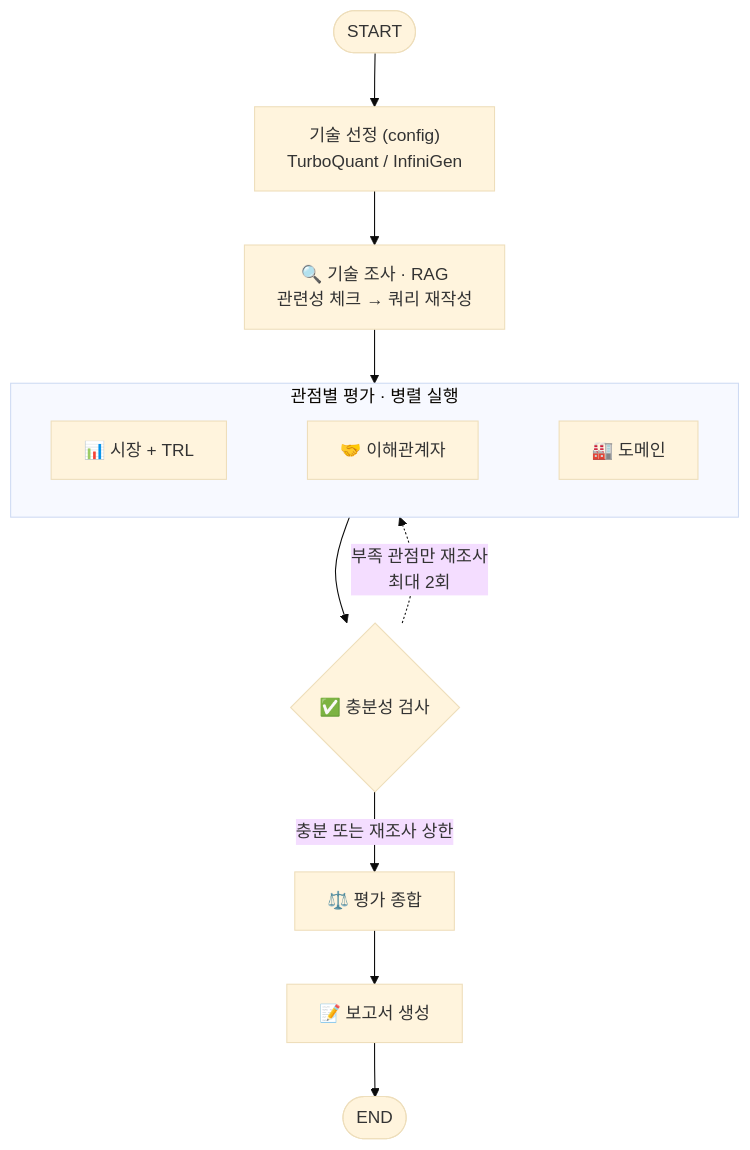
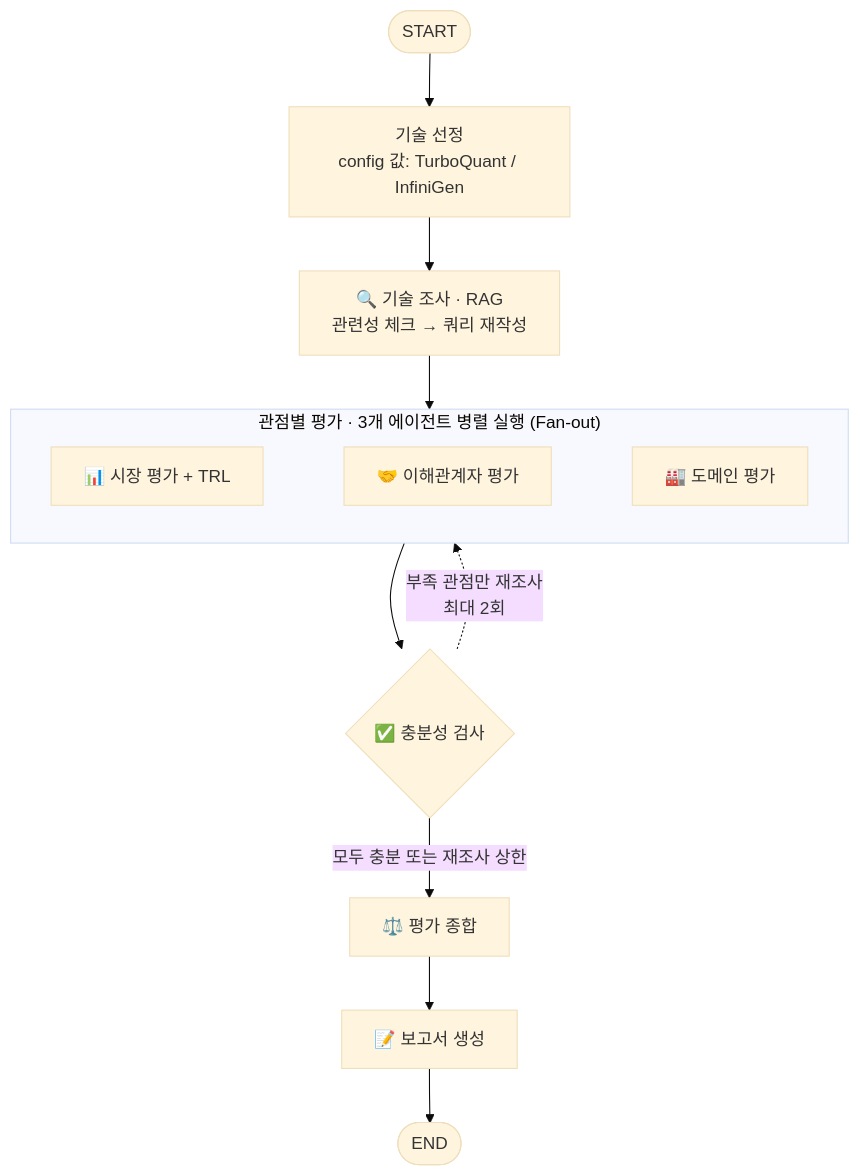
The diagram in README.md (oojoyhh/skala-KV-cache), drawn with Mermaid (base theme) before and after one commit.

Commit message:
README: Architecture 그래프 노드 이름·설명 원래대로 복원

````diff
--- a/README.md
+++ b/README.md
@@ -60,14 +60,14 @@
 ```mermaid
 flowchart TD
-    A([START]) --> B["기술 선정 (config)<br>TurboQuant / InfiniGen"]
+    A([START]) --> B["기술 선정<br>config 값: TurboQuant / InfiniGen"]
     B --> C["🔍 기술 조사 · RAG<br>관련성 체크 → 쿼리 재작성"]
     C --> EVAL
-    subgraph EVAL["관점별 평가 · 병렬 실행"]
+    subgraph EVAL["관점별 평가 · 3개 에이전트 병렬 실행 (Fan-out)"]
         direction LR
-        M["📊 시장 + TRL"] ~~~ S["🤝 이해관계자"] ~~~ D["🏭 도메인"]
+        M["📊 시장 평가 + TRL"] ~~~ S["🤝 이해관계자 평가"] ~~~ D["🏭 도메인 평가"]
     end
     EVAL --> K{"✅ 충분성 검사"}
     K -. "부족 관점만 재조사<br>최대 2회" .-> EVAL
-    K -- "충분 또는 재조사 상한" --> Y["⚖️ 평가 종합"]
+    K -- "모두 충분 또는 재조사 상한" --> Y["⚖️ 평가 종합"]
     Y --> R["📝 보고서 생성"] --> Z([END])
 ```
````
